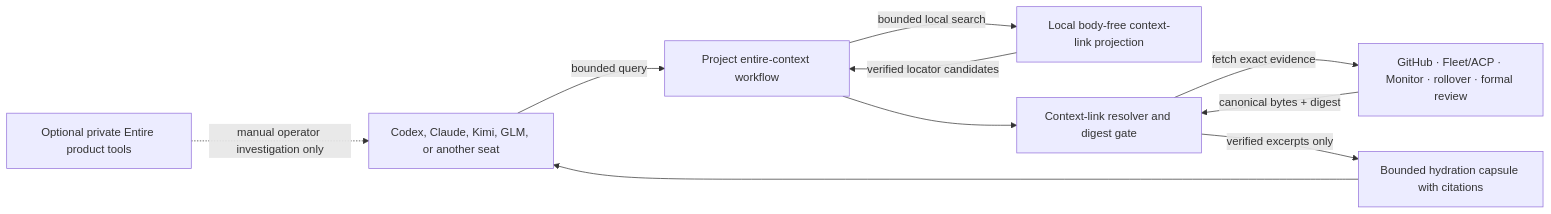
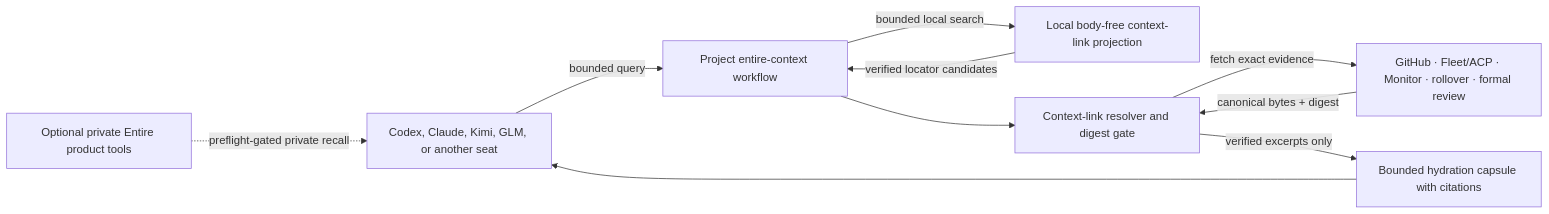
One commit to learn-ukrainian/learn-ukrainian.github.io changed the diagram in docs/plans/2026-08-01-entire-acp-context-layer-rollout.md. Above: the diagram before and after it, drawn with Mermaid. The commit also changed other lines of this file and 7 other files, not shown here.

First line of the commit message:
feat(entire): require private ACL for automatic recall

````diff
--- a/docs/plans/2026-08-01-entire-acp-context-layer-rollout.md
+++ b/docs/plans/2026-08-01-entire-acp-context-layer-rollout.md
@@ -83,20 +83,20 @@
 ```mermaid
 flowchart LR
     Agent["Codex, Claude, Kimi, GLM, or another seat"]
     Skill["Project entire-context workflow"]
     Projection["Local body-free context-link projection"]
     Entire["Optional private Entire product tools"]
     Resolver["Context-link resolver and digest gate"]
     Canonical["GitHub · Fleet/ACP · Monitor · rollover · formal review"]
     Capsule["Bounded hydration capsule with citations"]
 
     Agent -->|"bounded query"| Skill
     Skill -->|"bounded local search"| Projection
     Projection -->|"verified locator candidates"| Skill
     Skill --> Resolver
     Resolver -->|"fetch exact evidence"| Canonical
     Canonical -->|"canonical bytes + digest"| Resolver
     Resolver -->|"verified excerpts only"| Capsule
     Capsule --> Agent
-    Entire -.->|"manual operator investigation only"| Agent
+    Entire -.->|"preflight-gated private recall"| Agent
 ```
````
